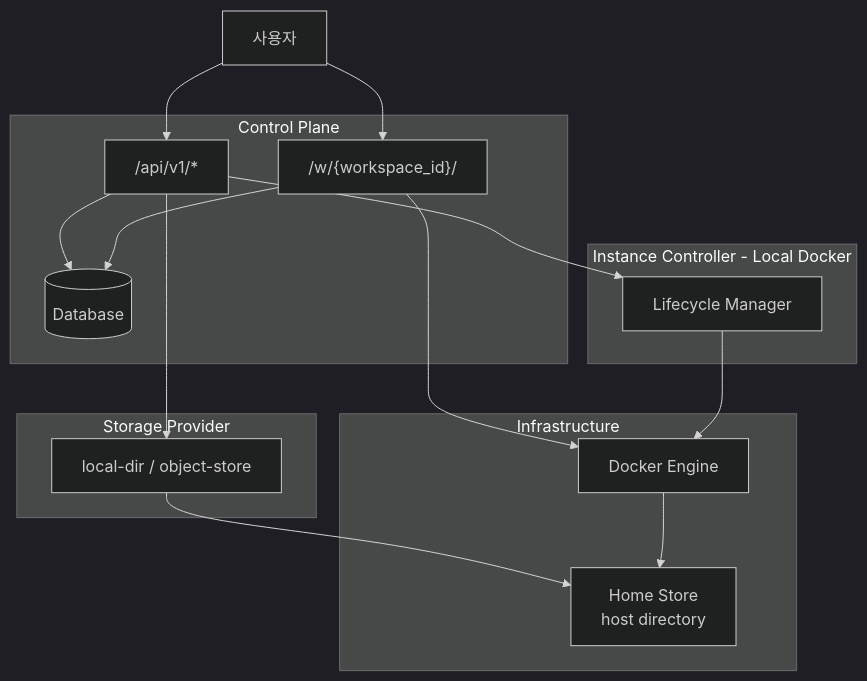
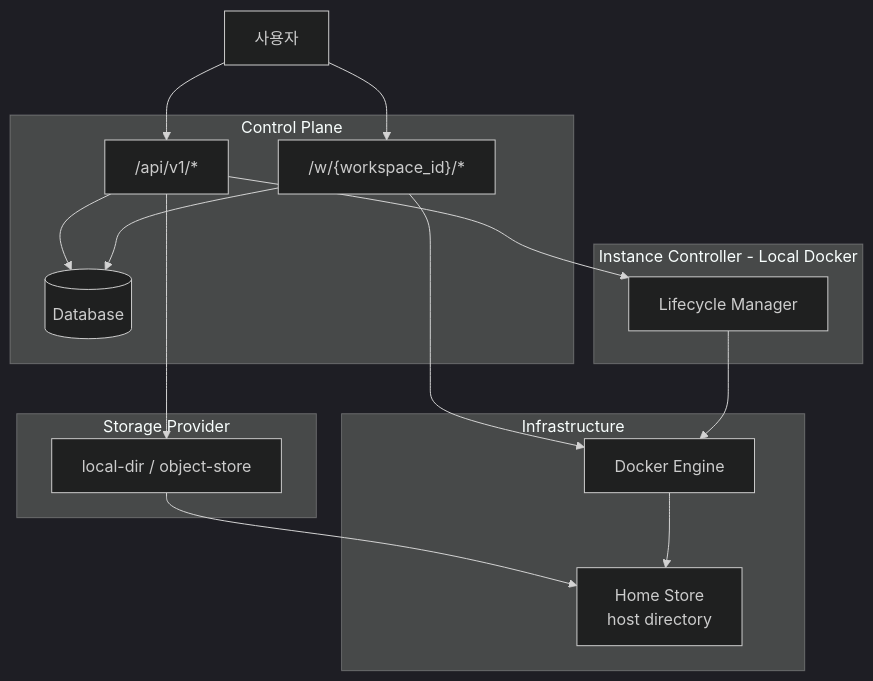
One commit to cagojeiger/code-hub changed the first of 11 diagrams in docs/architecture.md. Above: the diagram before and after it, drawn with Mermaid (dark theme). The commit also changed other lines of this file, not shown here.

Commit message:
docs: clarify Startup Recovery is DB correction, not state transition
- Add note explaining Startup Recovery corrects DB to match reality
- Fix proxy URL pattern to /w/{workspace_id}/* for consistency
- State diagram intentionally excludes recovery transitions

🤖 Generated with [Claude Code](https://claude.com/claude-code)

````diff
--- a/docs/architecture.md
+++ b/docs/architecture.md
@@ -9,34 +9,34 @@
 ```mermaid
 graph TB
     User[사용자]
 
     subgraph ControlPlane[Control Plane]
         API["/api/v1/*"]
-        Proxy["/w/{workspace_id}/"]
+        Proxy["/w/{workspace_id}/*"]
         DB[(Database)]
     end
 
     subgraph StorageProvider[Storage Provider]
         SP[local-dir / object-store]
     end
 
     subgraph InstanceController[Instance Controller - Local Docker]
         IC[Lifecycle Manager]
     end
 
     subgraph Infrastructure
         Docker[Docker Engine]
         HomeStore[Home Store<br/>host directory]
     end
 
     User --> API
     User --> Proxy
     API --> DB
     Proxy --> DB
     Proxy --> Docker
     API --> SP
     SP --> HomeStore
     API --> IC
     IC --> Docker
     Docker --> HomeStore
 ```
````
